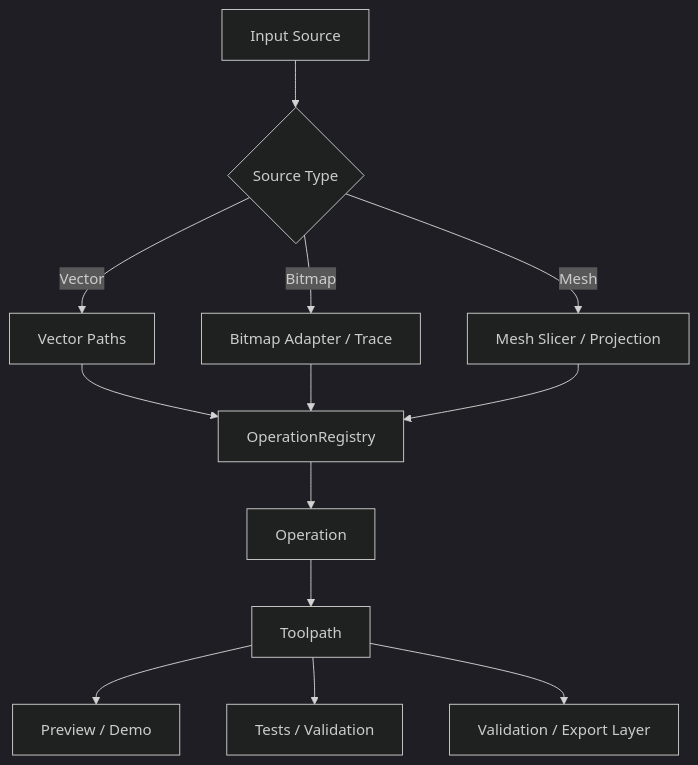
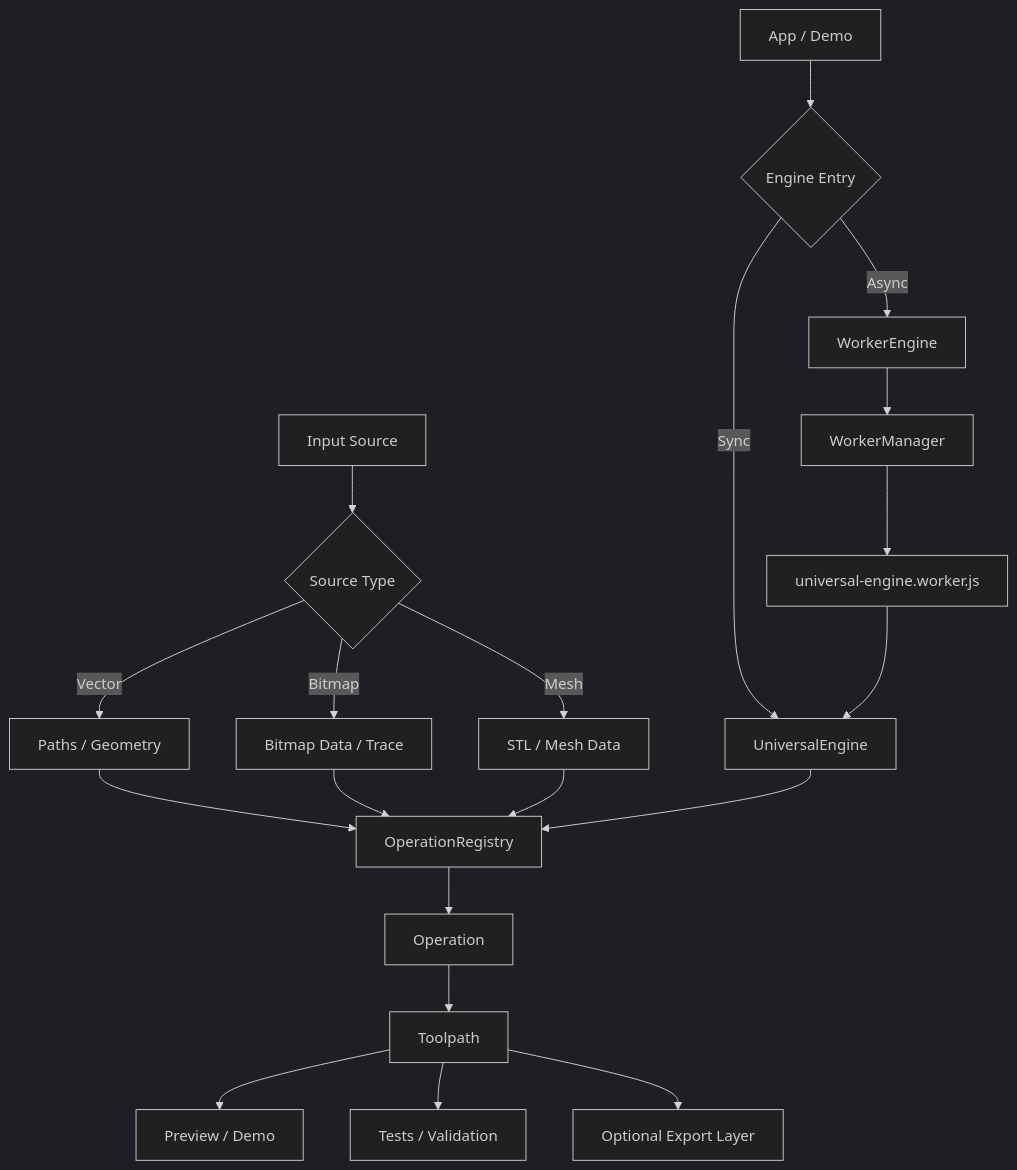
Before and after one commit to petervanderwalt/cam-engine: the diagram in README.md, drawn with Mermaid (dark theme).

Commit message:
Update architecture flow chart

````diff
--- a/README.md
+++ b/README.md
@@ -65,15 +65,22 @@
 ```mermaid
 flowchart TD
-  A["Input Source"] --> B{"Source Type"}
-  B -->|Vector| C["Vector Paths"]
-  B -->|Bitmap| D["Bitmap Adapter / Trace"]
-  B -->|Mesh| E["Mesh Slicer / Projection"]
-  C --> F["OperationRegistry"]
-  D --> F
-  E --> F
-  F --> G["Operation"]
-  G --> H["Toolpath"]
-  H --> I["Preview / Demo"]
-  H --> J["Tests / Validation"]
-  H --> K["Validation / Export Layer"]
+  A["App / Demo"] --> B{"Engine Entry"}
+  B -->|Sync| C["UniversalEngine"]
+  B -->|Async| D["WorkerEngine"]
+  D --> E["WorkerManager"]
+  E --> F["universal-engine.worker.js"]
+  F --> C
+  S["Input Source"] --> T{"Source Type"}
+  T -->|Vector| U["Paths / Geometry"]
+  T -->|Bitmap| V["Bitmap Data / Trace"]
+  T -->|Mesh| W["STL / Mesh Data"]
+  U --> X["OperationRegistry"]
+  V --> X
+  W --> X
+  C --> X
+  X --> Y["Operation"]
+  Y --> Z["Toolpath"]
+  Z --> P["Preview / Demo"]
+  Z --> Q["Tests / Validation"]
+  Z --> R["Optional Export Layer"]
 ```
````
